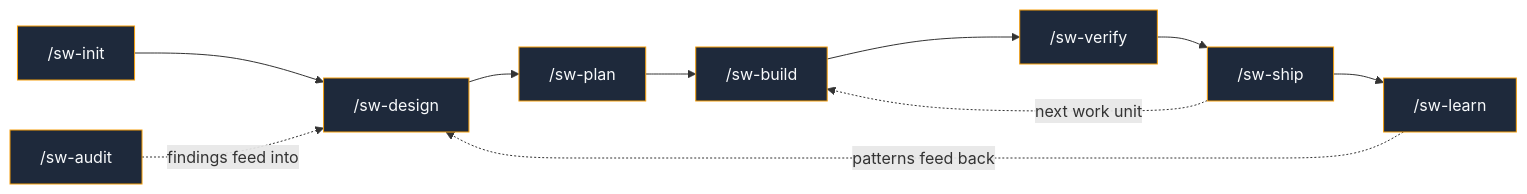
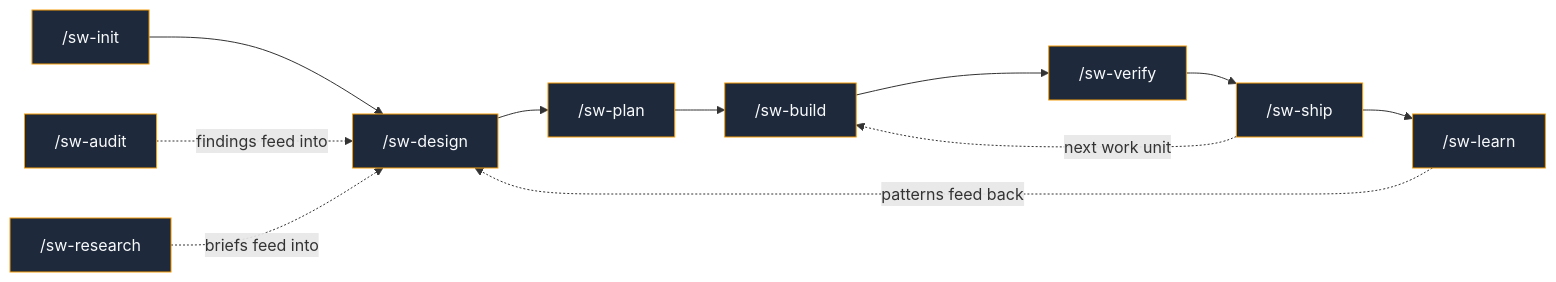
The diagram in README.md (Obsidian-Owl/specwright), drawn with Mermaid before and after one commit. The commit also changed other lines of this file and 2 other files, not shown here.

First line of the commit message:
docs: update README, DESIGN, and CLAUDE for sw-research and missing skills (#62)

````diff
--- a/README.md
+++ b/README.md
@@ -79,21 +79,23 @@
 ```mermaid
 graph LR
     A["/sw-init"] --> B["/sw-design"]
     B --> C["/sw-plan"]
     C --> D["/sw-build"]
     D --> E["/sw-verify"]
     E --> F["/sw-ship"]
     F -.->|next work unit| D
     F --> G["/sw-learn"]
     G -.->|patterns feed back| B
     H["/sw-audit"] -.->|findings feed into| B
+    I["/sw-research"] -.->|briefs feed into| B
 
     style A fill:#1e293b,stroke:#f59e0b,color:#f8fafc
     style B fill:#1e293b,stroke:#f59e0b,color:#f8fafc
     style C fill:#1e293b,stroke:#f59e0b,color:#f8fafc
     style D fill:#1e293b,stroke:#f59e0b,color:#f8fafc
     style E fill:#1e293b,stroke:#f59e0b,color:#f8fafc
     style F fill:#1e293b,stroke:#f59e0b,color:#f8fafc
     style G fill:#1e293b,stroke:#f59e0b,color:#f8fafc
     style H fill:#1e293b,stroke:#f59e0b,color:#f8fafc
+    style I fill:#1e293b,stroke:#f59e0b,color:#f8fafc
 ```
````
